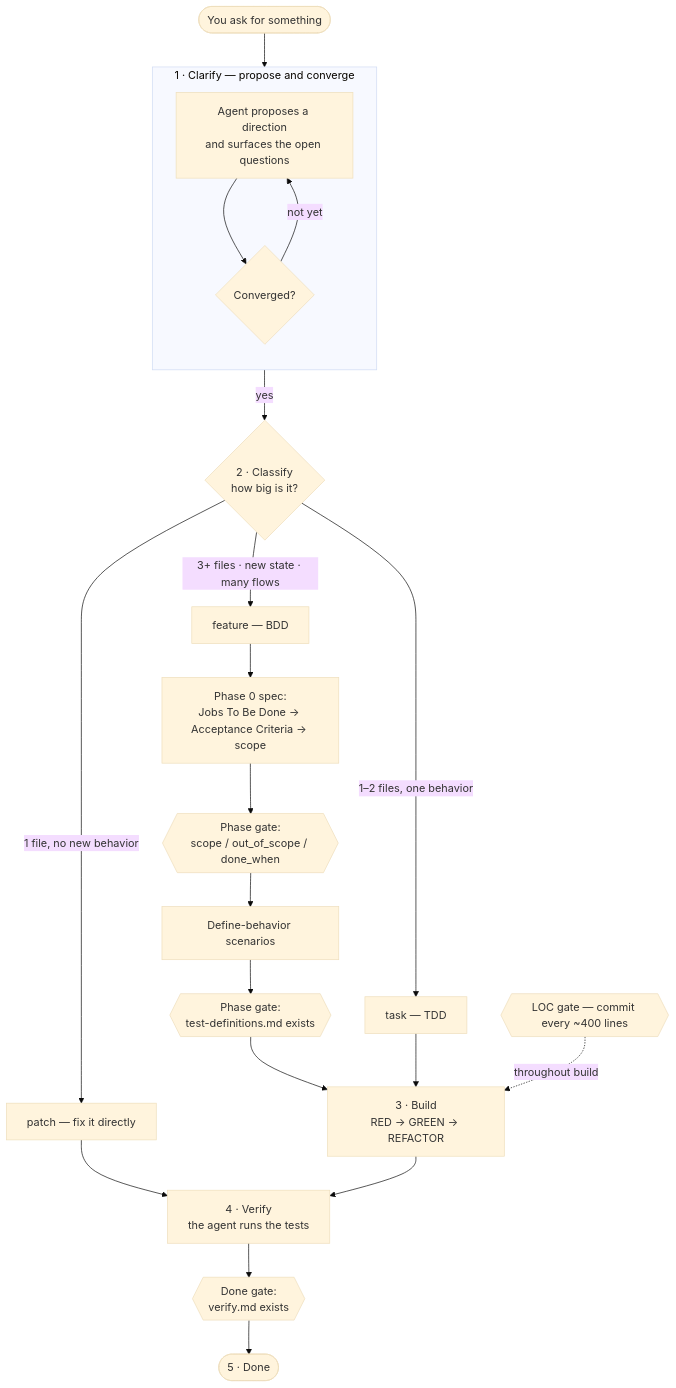
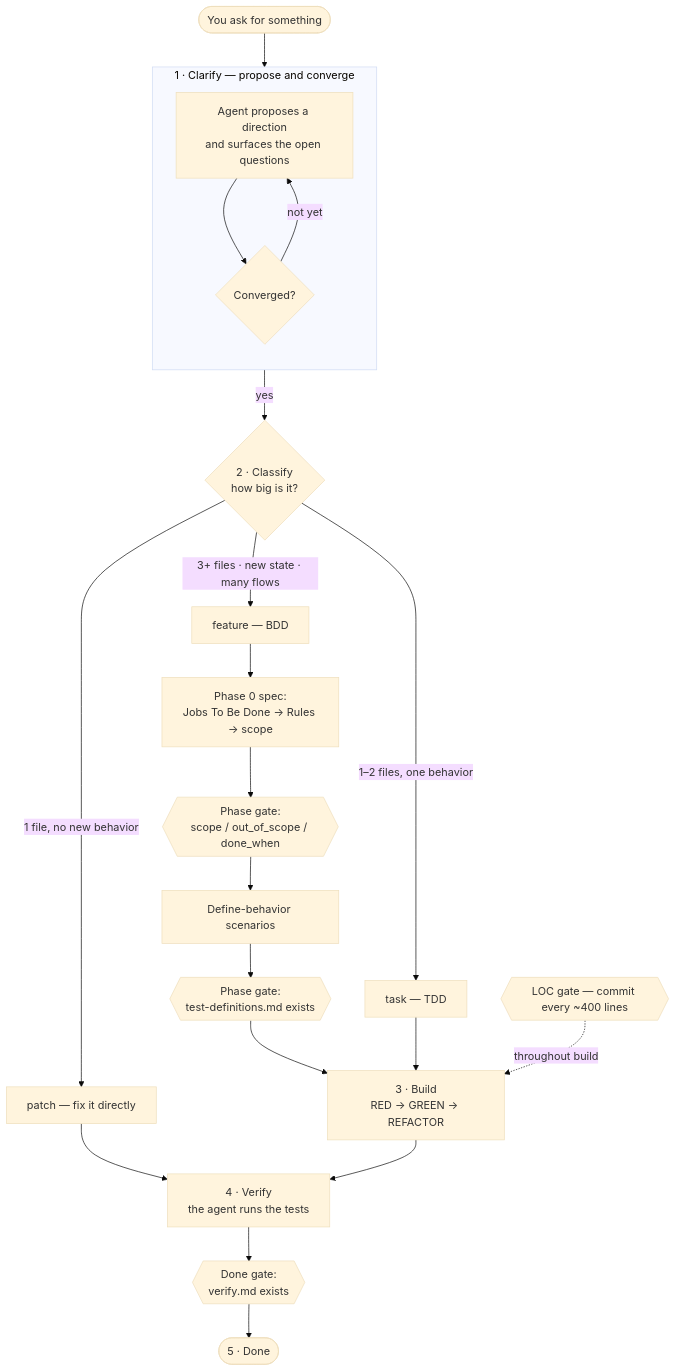
One commit to ArcadeAI/safeword changed the diagram in README.md. Above: the diagram before and after it, drawn with Mermaid (base theme). The commit also changed other lines of this file and 20 other files, not shown here.

````diff
--- a/README.md
+++ b/README.md
@@ -66,34 +66,34 @@
 ```mermaid
 flowchart TD
     start([You ask for something])
     start --> propose
 
     subgraph clarify ["1 · Clarify — propose and converge"]
       direction TB
       propose["Agent proposes a direction<br/>and surfaces the open questions"]
       converged{"Converged?"}
       propose --> converged
       converged -->|"not yet"| propose
     end
 
     converged -->|"yes"| classify{"2 · Classify<br/>how big is it?"}
 
     classify -->|"1 file, no new behavior"| patch["patch — fix it directly"]
     classify -->|"1–2 files, one behavior"| task["task — TDD"]
     classify -->|"3+ files · new state · many flows"| feature["feature — BDD"]
 
-    feature --> phase0["Phase 0 spec:<br/>Jobs To Be Done → Acceptance Criteria → scope"]
+    feature --> phase0["Phase 0 spec:<br/>Jobs To Be Done → Rules → scope"]
     phase0 --> g1{{"Phase gate:<br/>scope / out_of_scope / done_when"}}
     g1 --> scenarios["Define-behavior scenarios"]
     scenarios --> g2{{"Phase gate:<br/>test-definitions.md exists"}}
     g2 --> build
 
     task --> build["3 · Build<br/>RED → GREEN → REFACTOR"]
     patch --> verify
 
     build --> verify["4 · Verify<br/>the agent runs the tests"]
     verify --> g3{{"Done gate:<br/>verify.md exists"}}
     g3 --> done([5 · Done])
 
     loc{{"LOC gate — commit every ~400 lines"}} -.->|throughout build| build
 ```
````
